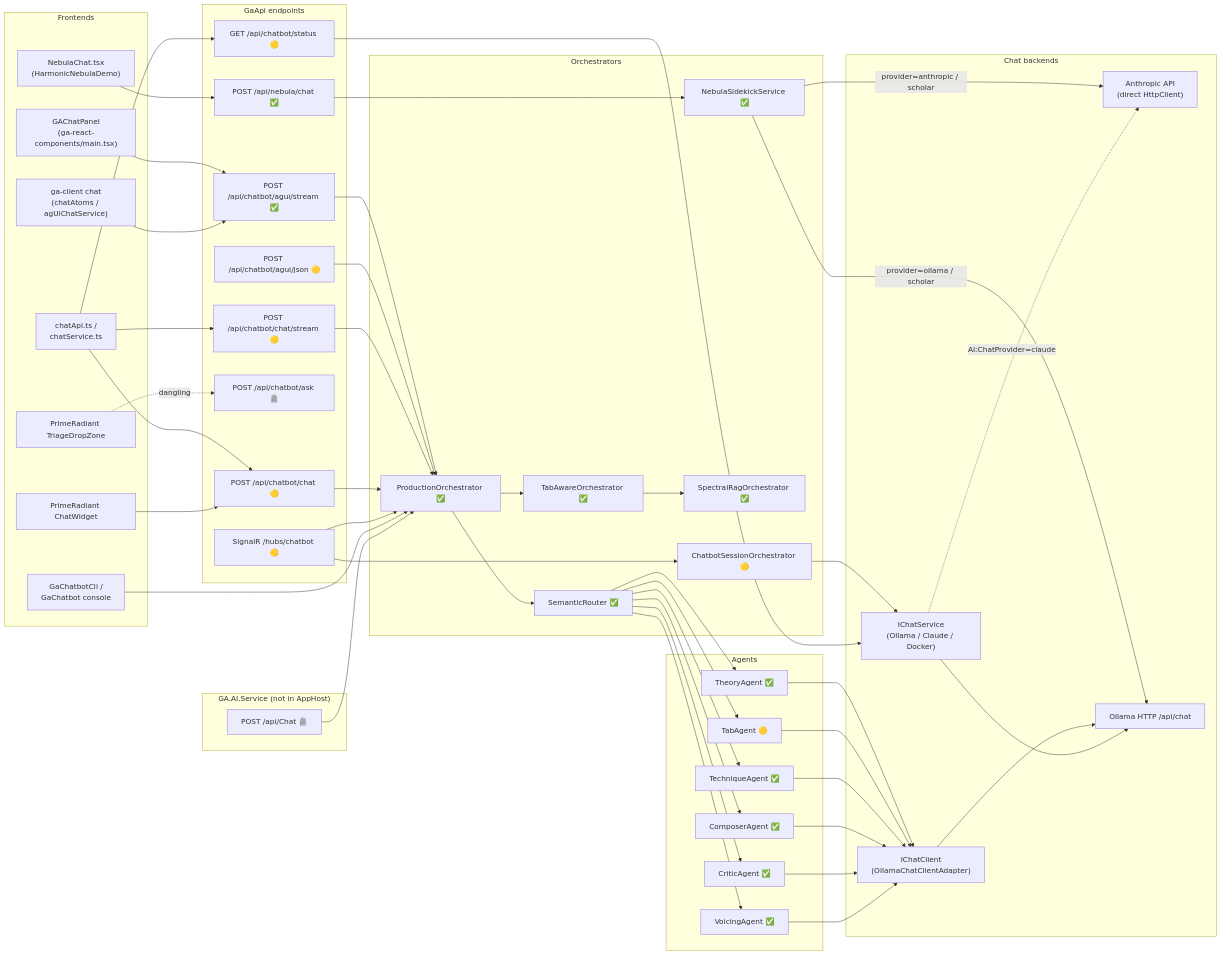
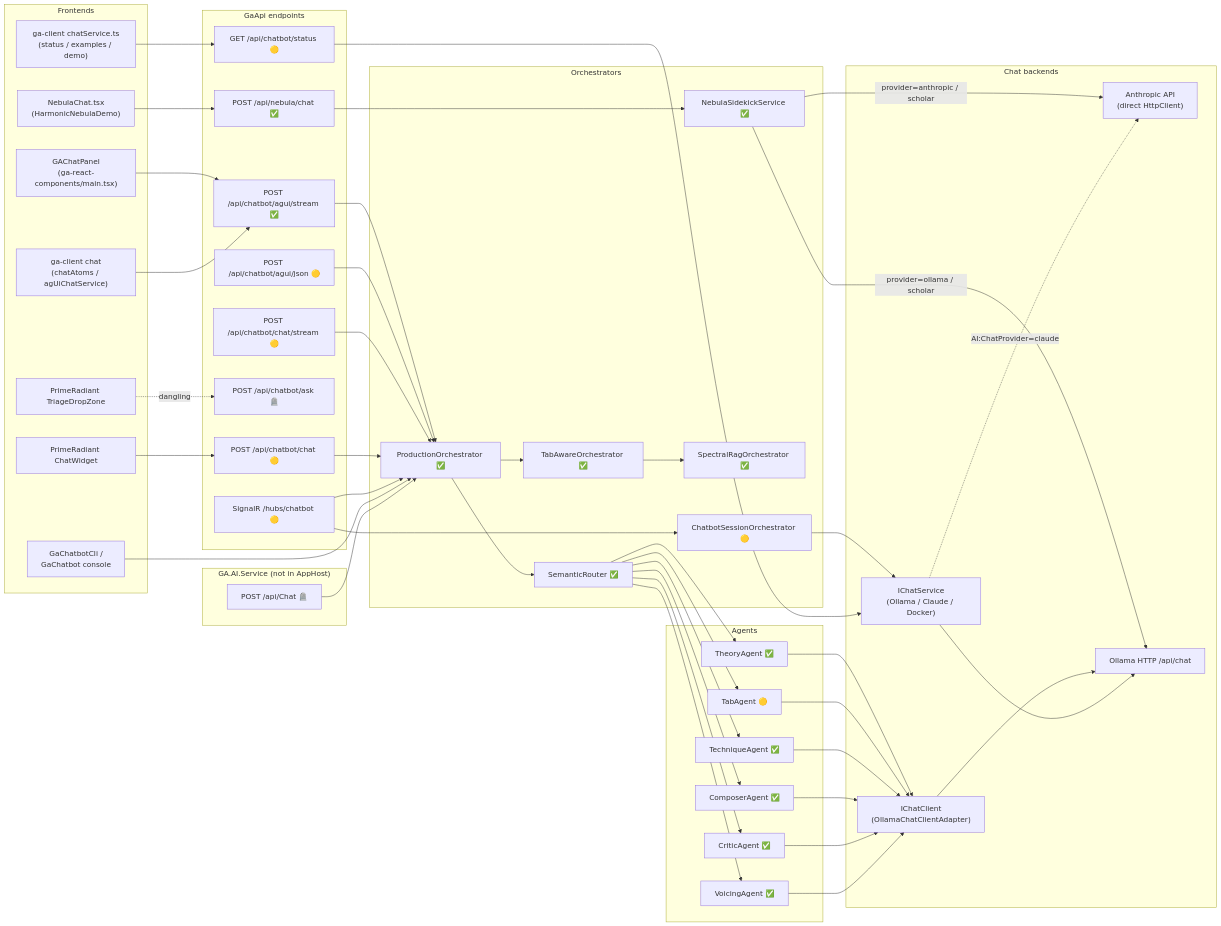
Before and after one commit to GuitarAlchemist/ga: the diagram in docs/architecture/chat-surfaces.md, drawn with Mermaid. The commit also changed other lines of this file and 3 other files, not shown here.

First line of the commit message:
refactor(ga-client): remove dead pre-AG-UI chat clients

```diff
--- a/docs/architecture/chat-surfaces.md
+++ b/docs/architecture/chat-surfaces.md
@@ -280,7 +279,7 @@
         NB["NebulaChat.tsx<br/>(HarmonicNebulaDemo)"]
         GAP["GAChatPanel<br/>(ga-react-components/main.tsx)"]
         GACL["ga-client chat<br/>(chatAtoms / agUiChatService)"]
-        CHATAPI["chatApi.ts /<br/>chatService.ts"]
+        CHATAPI["ga-client chatService.ts<br/>(status / examples / demo)"]
         CW["PrimeRadiant ChatWidget"]
         TDZ["PrimeRadiant TriageDropZone"]
         CLI["GaChatbotCli /<br/>GaChatbot console"]
@@ -340,8 +339,6 @@
     AGS --> PROD
     AGJ --> PROD
 
-    CHATAPI --> CCS
-    CHATAPI --> CC
     CHATAPI --> STAT
     CW --> CC
     TDZ -.dangling.-> ASK
```
